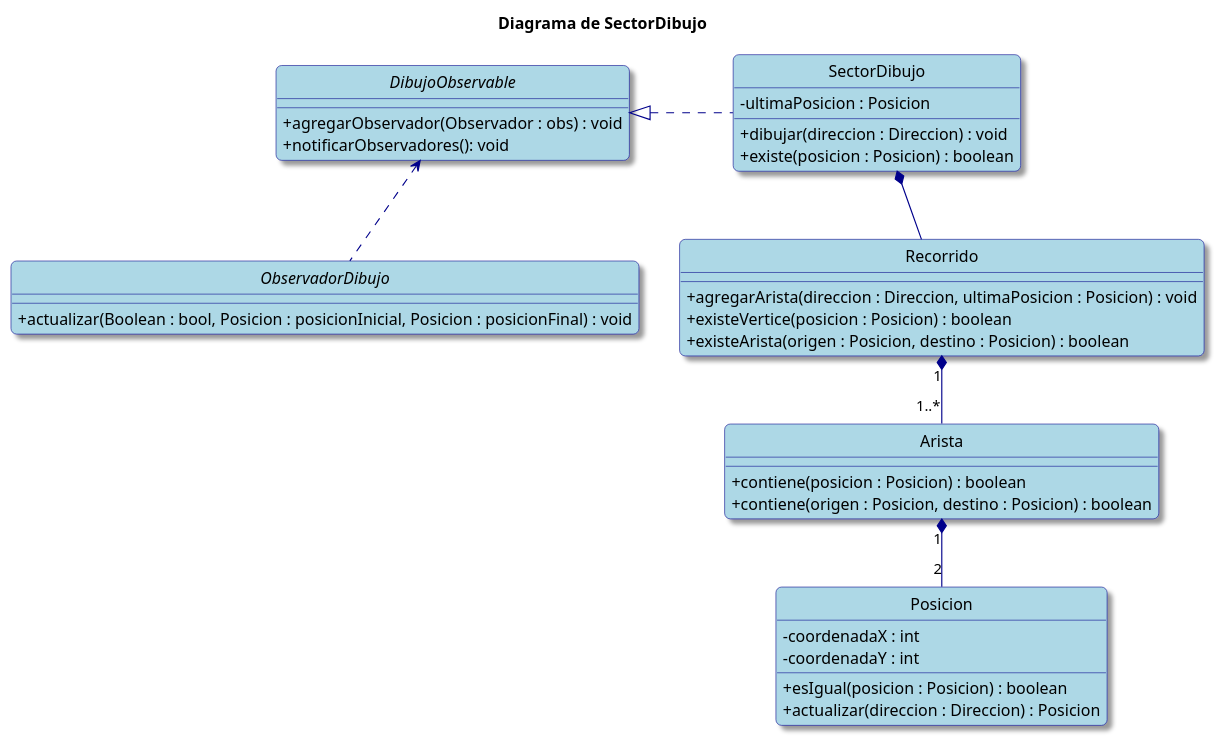
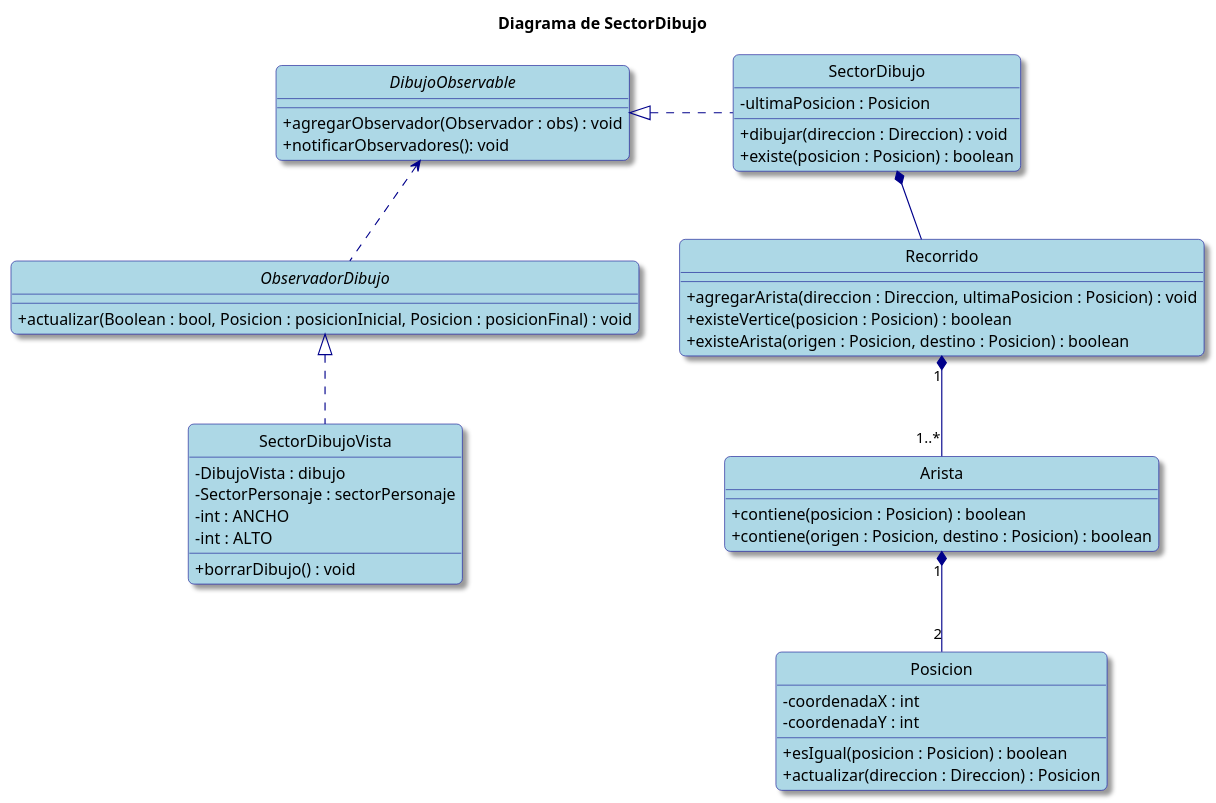
The third of 5 diagrams in diagramas-clases.puml (valva-ro/Algo3-TP2-AlgoBlocks), drawn with PlantUML before and after one commit. The commit also changed other lines of this file and 3 other files, not shown here.

Commit message:
actualize el informe los diagramas de clases, el diagrama de paquetes, el diagrama de estados y el informe

```diff
--- a/diagramas-clases.puml
+++ b/diagramas-clases.puml
@@ -72,60 +142,71 @@
 @startuml
 hide circle
 skinparam classAttributeIconSize 0
 skinparam backgroundColor White
 skinparam RoundCorner 10
 skinparam Shadowing true
 
 skinparam class {
     ArrowColor DarkBlue
     BackgroundColor LightBlue
     BorderColor DarkBlue
 }
 
 skinparam note {
     BackgroundColor LightYellow
     BorderColor DarkBlue
 }
 
 title Diagrama de SectorDibujo
 
 interface DibujoObservable{
     +agregarObservador(Observador : obs) : void
     +notificarObservadores(): void
 }
 
 interface ObservadorDibujo{
     +actualizar(Boolean : bool, Posicion : posicionInicial, Posicion : posicionFinal) : void
 }
 
 class SectorDibujo {
     - ultimaPosicion : Posicion
     + dibujar(direccion : Direccion) : void
     + existe(posicion : Posicion) : boolean
 }
 
 class Recorrido {
     + agregarArista(direccion : Direccion, ultimaPosicion : Posicion) : void
     + existeVertice(posicion : Posicion) : boolean
     + existeArista(origen : Posicion, destino : Posicion) : boolean
 }
 
 class Arista {
     + contiene(posicion : Posicion) : boolean
     + contiene(origen : Posicion, destino : Posicion) : boolean
 }
 
 class Posicion {
     - coordenadaX : int
     - coordenadaY : int
     + esIgual(posicion : Posicion) : boolean
     + actualizar(direccion : Direccion) : Posicion
 }
 
+class SectorDibujoVista{
+    - DibujoVista : dibujo
+    - SectorPersonaje : sectorPersonaje
+    - int : ANCHO
+    - int : ALTO
+
+    +borrarDibujo() : void
+
+}
+
 DibujoObservable <|..right SectorDibujo
 DibujoObservable <.. ObservadorDibujo
 SectorDibujo *-- Recorrido
 Recorrido "1" *-- "1..*" Arista
 Arista "1" *-- "2" Posicion
+ObservadorDibujo <|..down SectorDibujoVista
 
 @enduml
```
